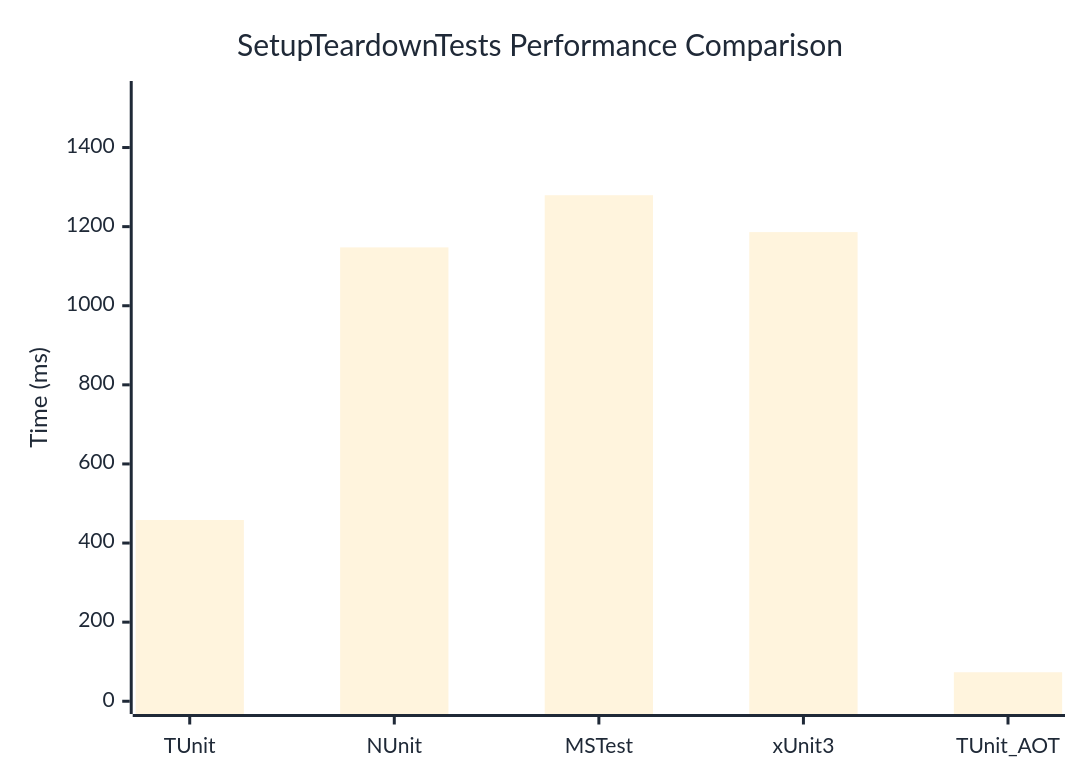
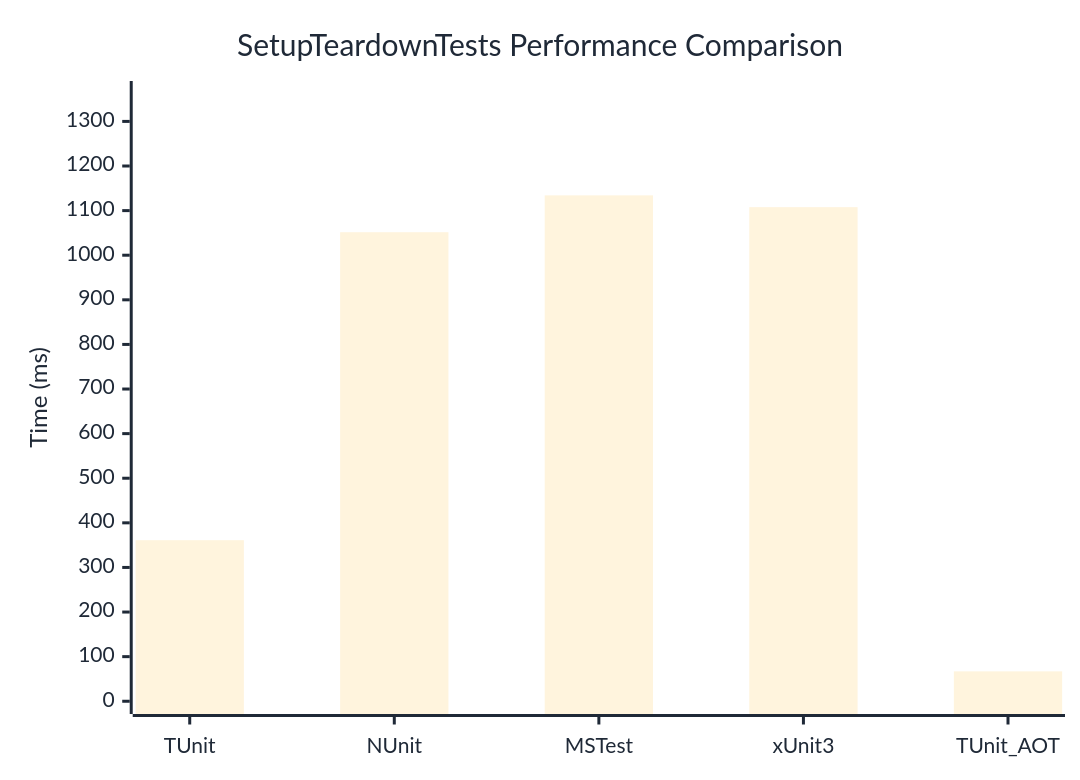
One commit to thomhurst/TUnit changed the diagram in docs/docs/benchmarks/engine/SetupTeardownTests.md. Above: the diagram before and after it, drawn with Mermaid. The commit also changed other lines of this file and 18 other files, not shown here.

````diff
--- a/docs/docs/benchmarks/engine/SetupTeardownTests.md
+++ b/docs/docs/benchmarks/engine/SetupTeardownTests.md
@@ -29,37 +29,37 @@
 ```mermaid
 %%{init: {
   'theme':'base',
   'themeVariables': {
     'primaryColor': '#2563eb',
     'primaryTextColor': '#1f2937',
     'primaryBorderColor': '#1e40af',
     'lineColor': '#6b7280',
     'secondaryColor': '#7c3aed',
     'tertiaryColor': '#dc2626',
     'background': '#ffffff',
     'mainBkg': '#2563eb',
     'secondBkg': '#7c3aed',
     'tertiaryBkg': '#dc2626',
     'clusterBkg': '#f3f4f6',
     'edgeLabelBackground': '#ffffff',
     'tertiaryTextColor': '#1f2937',
     'pie1': '#2563eb',
     'pie2': '#7c3aed',
     'pie3': '#dc2626',
     'pie4': '#f59e0b',
     'pie5': '#10b981',
     'pie6': '#06b6d4',
     'pie7': '#ec4899',
     'pie8': '#6366f1',
     'pie9': '#84cc16',
     'pie10': '#f97316',
     'pie11': '#14b8a6',
     'pie12': '#a855f7'
   }
 }}%%
 xychart-beta
   title "SetupTeardownTests Performance Comparison"
   x-axis ["TUnit", "NUnit", "MSTest", "xUnit3", "TUnit_AOT"]
-  y-axis "Time (ms)" 0 --> 1536
-  bar [458.3, 1147.56, 1279.43, 1186.16, 73.35]
+  y-axis "Time (ms)" 0 --> 1362
+  bar [361.06, 1051.58, 1134.21, 1107.75, 67.02]
 ```
````
